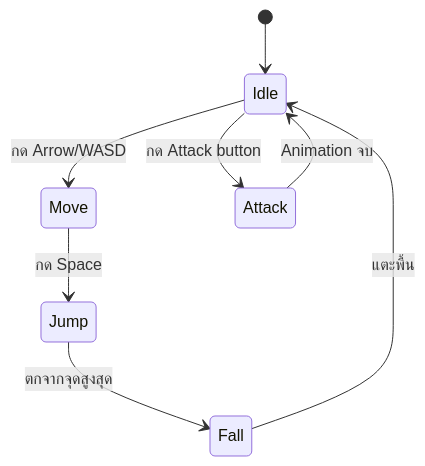
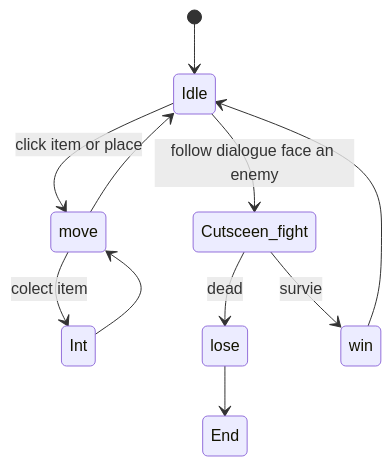
The diagram in [project-Don_tbeacund]-Prt_Proj-A/Docs/gdd/03-mechanics.md (thanapoom697-maker/New-folder-Dg225-682110117), drawn with Mermaid before and after one commit. The commit also changed other lines of this file and 3 other files, not shown here.

Commit message:
Add asset pipeline flow documentation using Mermaid syntax

````diff
--- a/[project-Don_tbeacund]-Prt_Proj-A/Docs/gdd/03-mechanics.md
+++ b/[project-Don_tbeacund]-Prt_Proj-A/Docs/gdd/03-mechanics.md
@@ -11,10 +10,23 @@
 ```mermaid
 stateDiagram-v2
     [*] --> Idle
-    Idle --> Move : กด Arrow/WASD
-    Move --> Jump : กด Space
-    Jump --> Fall : ตกจากจุดสูงสุด
-    Fall --> Idle : แตะพื้น
-    Idle --> Attack : กด Attack button
-    Attack --> Idle : Animation จบ
+    Idle --> move : click item or place
+    move --> Int : colect item
+Int --> move
+move --> Idle
+  Idle --> Cutsceen_fight: follow dialogue face an enemy
+ Cutsceen_fight --> lose: dead
+  Cutsceen_fight --> win: survie
+win --> Idle
+ lose --> End
+
+
+
+
+   
+ 
+
+  
+  
+   
 ```
````
